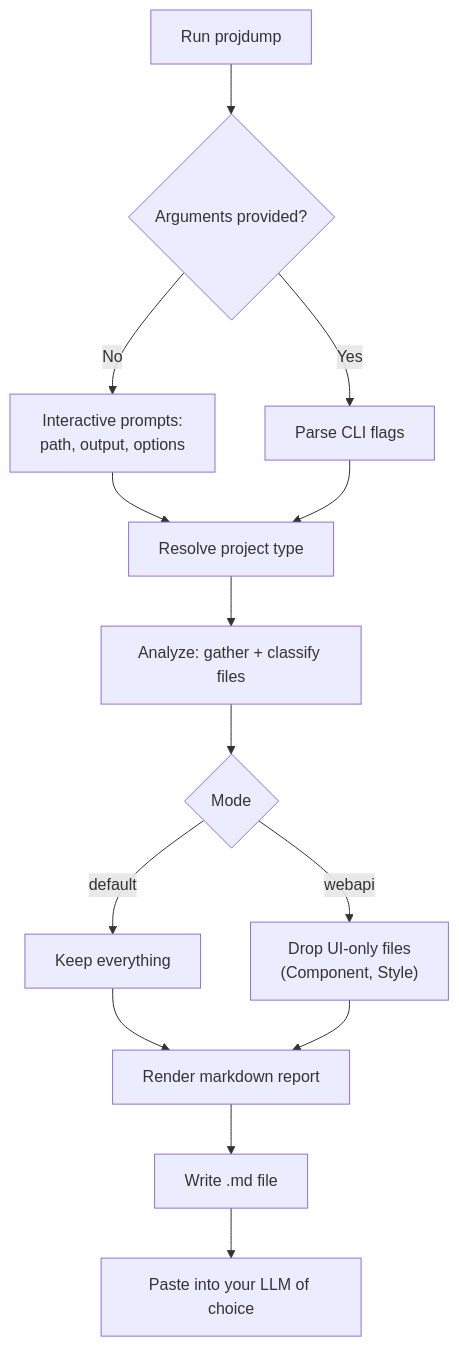
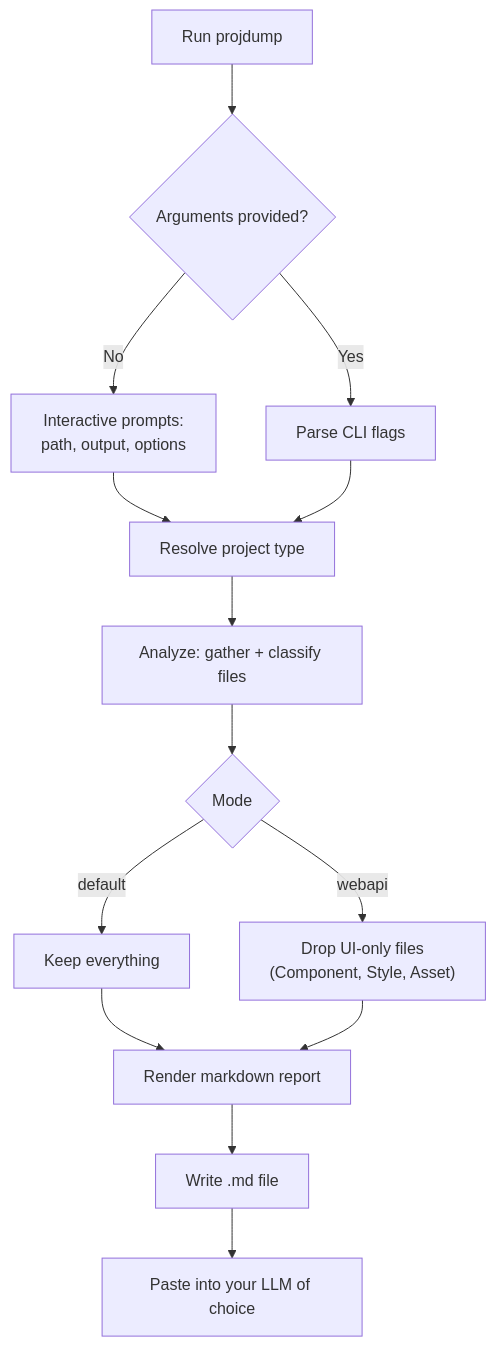
The first of 2 diagrams in README.md (elliotmoule/projdump), drawn with Mermaid before and after one commit. The commit also changed other lines of this file and 22 other files, not shown here.

````diff
--- a/README.md
+++ b/README.md
@@ -84,16 +90,16 @@
 ```mermaid
 flowchart TD
     A["Run projdump"] --> B{"Arguments provided?"}
     B -- No --> C["Interactive prompts:\npath, output, options"]
     B -- Yes --> D["Parse CLI flags"]
     C --> E["Resolve project type"]
     D --> E
     E --> F["Analyze: gather + classify files"]
     F --> G{"Mode"}
     G -- default --> H["Keep everything"]
-    G -- webapi --> I["Drop UI-only files\n(Component, Style)"]
+    G -- webapi --> I["Drop UI-only files\n(Component, Style, Asset)"]
     H --> J["Render markdown report"]
     I --> J
     J --> K["Write .md file"]
     K --> L["Paste into your LLM of choice"]
 ```
````
